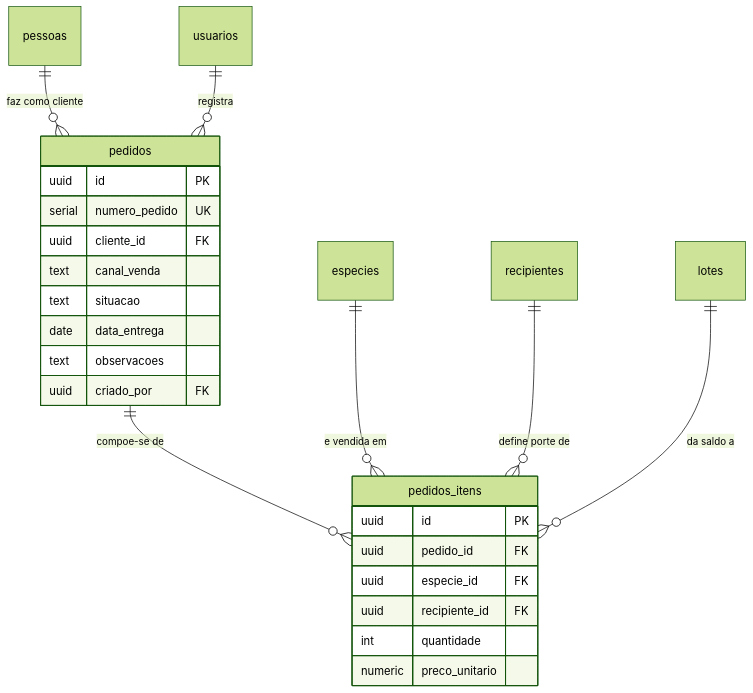
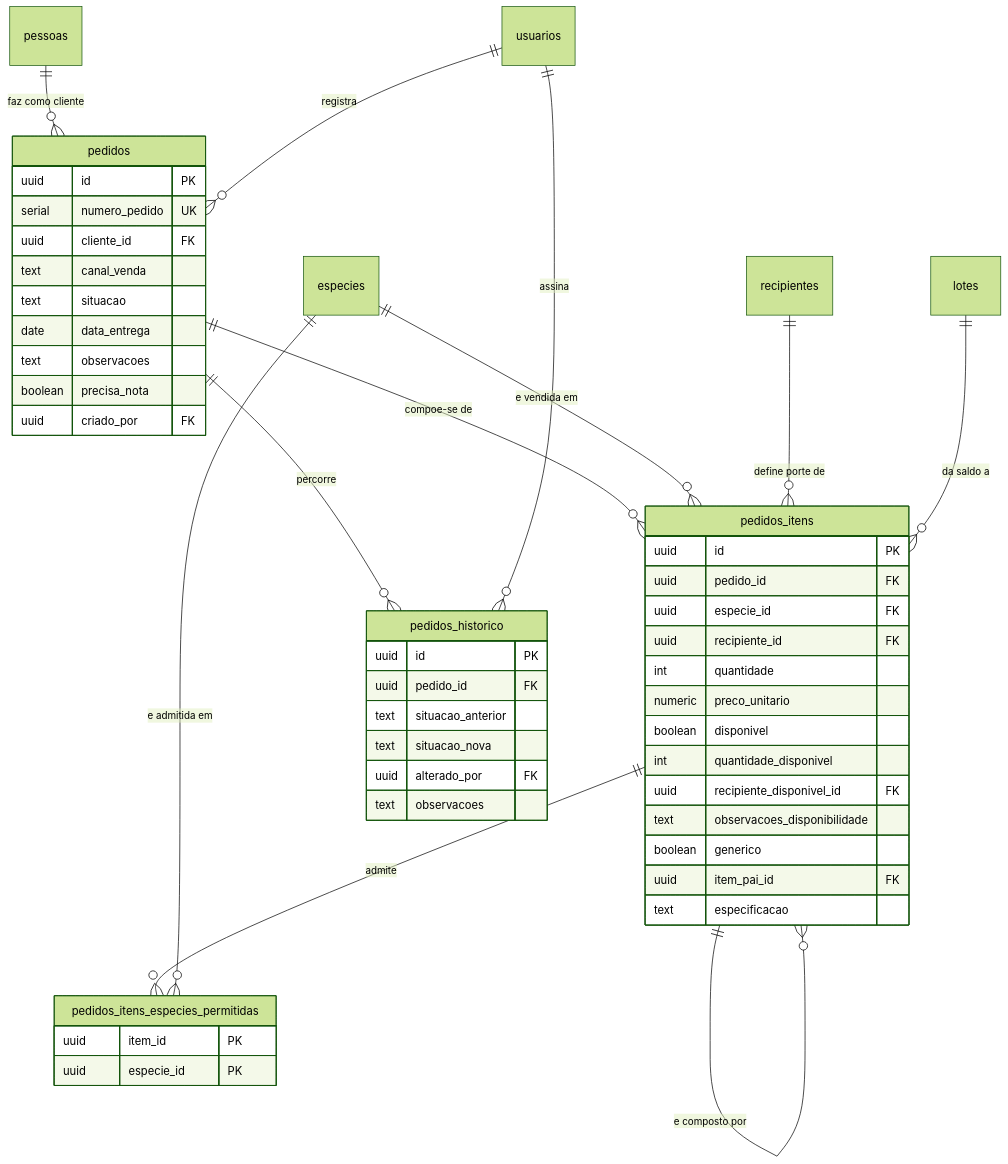
Before and after one commit to JoaoMudar/tcc: the diagram in docs/engenharia/modelo-dados-pt/mmd/fig17-comercial-pedido.mmd, drawn with Mermaid (forest theme). The commit also changed 37 other files, not shown here.

```diff
--- a/docs/engenharia/modelo-dados-pt/mmd/fig17-comercial-pedido.mmd
+++ b/docs/engenharia/modelo-dados-pt/mmd/fig17-comercial-pedido.mmd
@@ -1,31 +1,56 @@
 erDiagram
   pedidos {
     uuid   id PK
     serial numero_pedido UK
     uuid   cliente_id FK
     text   canal_venda
     text   situacao
     date   data_entrega
     text   observacoes
+    boolean precisa_nota
     uuid   criado_por FK
   }
   pedidos_itens {
     uuid    id PK
     uuid    pedido_id FK
     uuid    especie_id FK
     uuid    recipiente_id FK
     int     quantidade
     numeric preco_unitario
+    boolean disponivel
+    int     quantidade_disponivel
+    uuid    recipiente_disponivel_id FK
+    text    observacoes_disponibilidade
+    boolean generico
+    uuid    item_pai_id FK
+    text    especificacao
+  }
+  pedidos_historico {
+    uuid id PK
+    uuid pedido_id FK
+    text situacao_anterior
+    text situacao_nova
+    uuid alterado_por FK
+    text observacoes
+  }
+  pedidos_itens_especies_permitidas {
+    uuid item_id PK
+    uuid especie_id PK
   }
   pessoas {}
   especies {}
   recipientes {}
   usuarios {}
   lotes {}
 
   pedidos ||--o{ pedidos_itens : "compoe-se de"
   pessoas ||--o{ pedidos       : "faz como cliente"
   usuarios||--o{ pedidos       : "registra"
   especies    ||--o{ pedidos_itens : "e vendida em"
   recipientes ||--o{ pedidos_itens : "define porte de"
   lotes       ||--o{ pedidos_itens : "da saldo a"
+  pedidos ||--o{ pedidos_historico : "percorre"
+  usuarios ||--o{ pedidos_historico : "assina"
+  pedidos_itens ||--o{ pedidos_itens : "e composto por"
+  pedidos_itens ||--o{ pedidos_itens_especies_permitidas : "admite"
+  especies ||--o{ pedidos_itens_especies_permitidas : "e admitida em"
```
